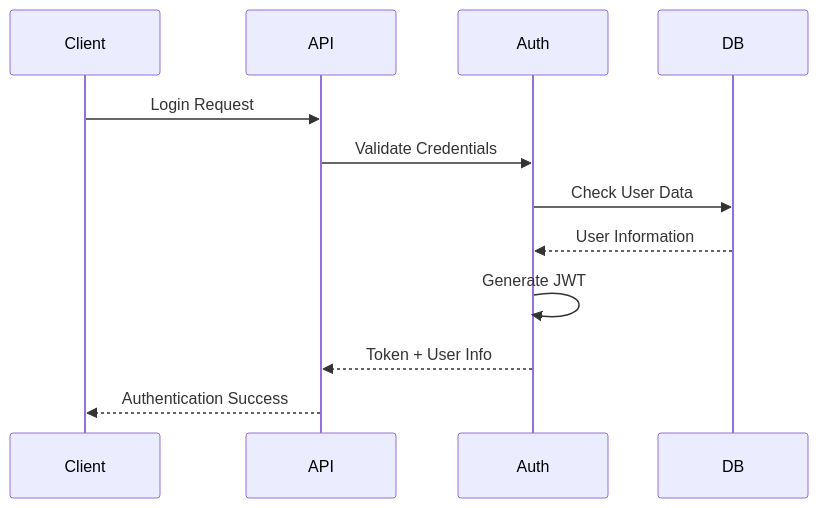
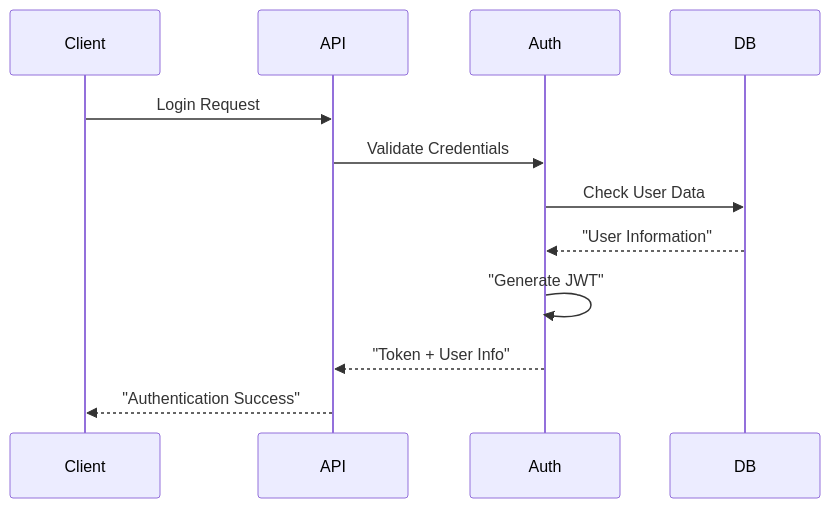
One commit to felixep/harborlist-marketplace changed the diagram in docs/backend/security.md. Above: the diagram before and after it, drawn with Mermaid. The commit also changed 8 other files, not shown here.

First line of the commit message:
🔧 Fix Mermaid diagram rendering issues while preserving layouts

````diff
--- a/docs/backend/security.md
+++ b/docs/backend/security.md
@@ -32,15 +32,15 @@
 ```mermaid
 sequenceDiagram
     participant Client
     participant API
     participant Auth
     participant DB
     
     Client->>API: Login Request
     API->>Auth: Validate Credentials
     Auth->>DB: Check User Data
-    DB-->>Auth: User Information
-    Auth->>Auth: Generate JWT
-    Auth-->>API: Token + User Info
-    API-->>Client: Authentication Success
+    DB-->>Auth: "User Information"
+    Auth->>Auth: "Generate JWT"
+    Auth-->>API: "Token + User Info"
+    API-->>Client: "Authentication Success"
 ```
````
